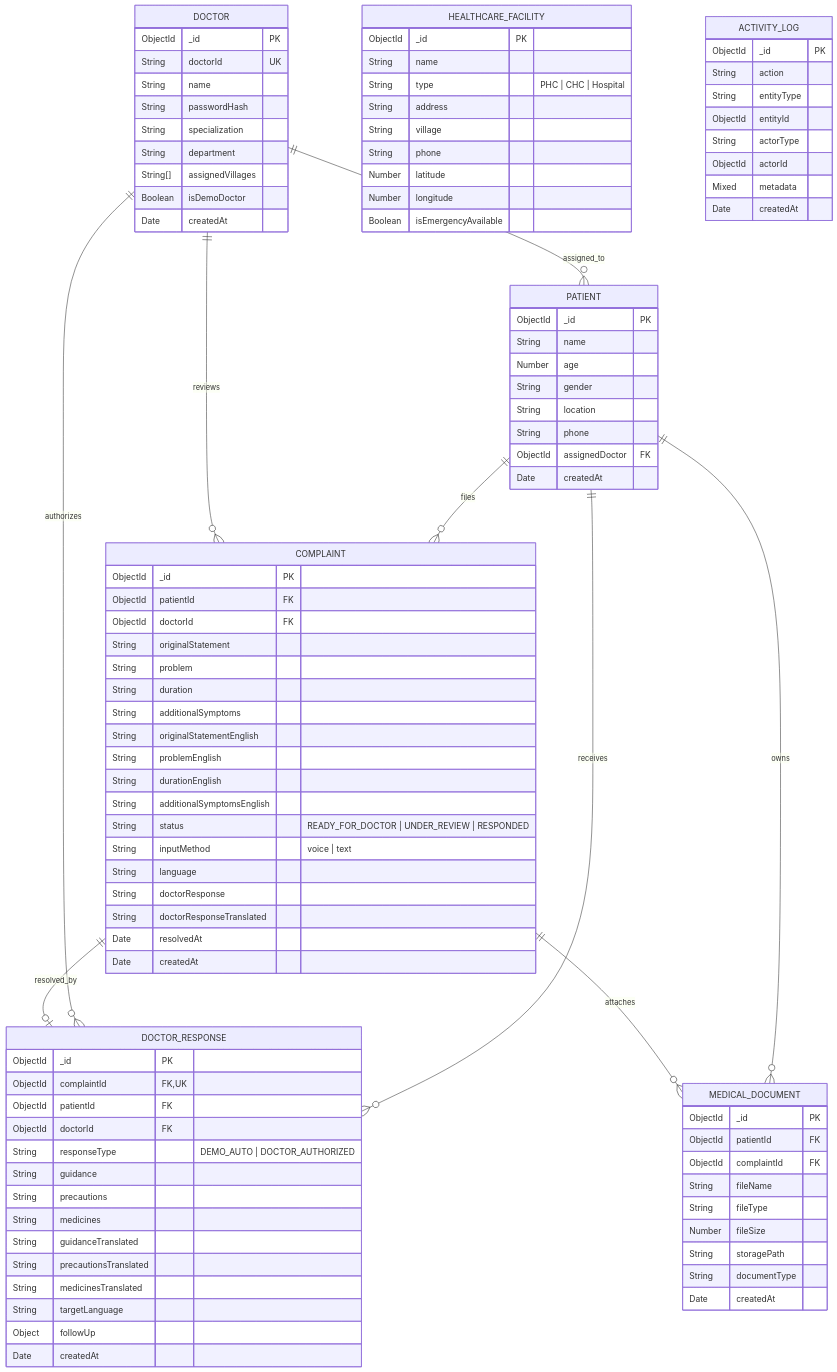
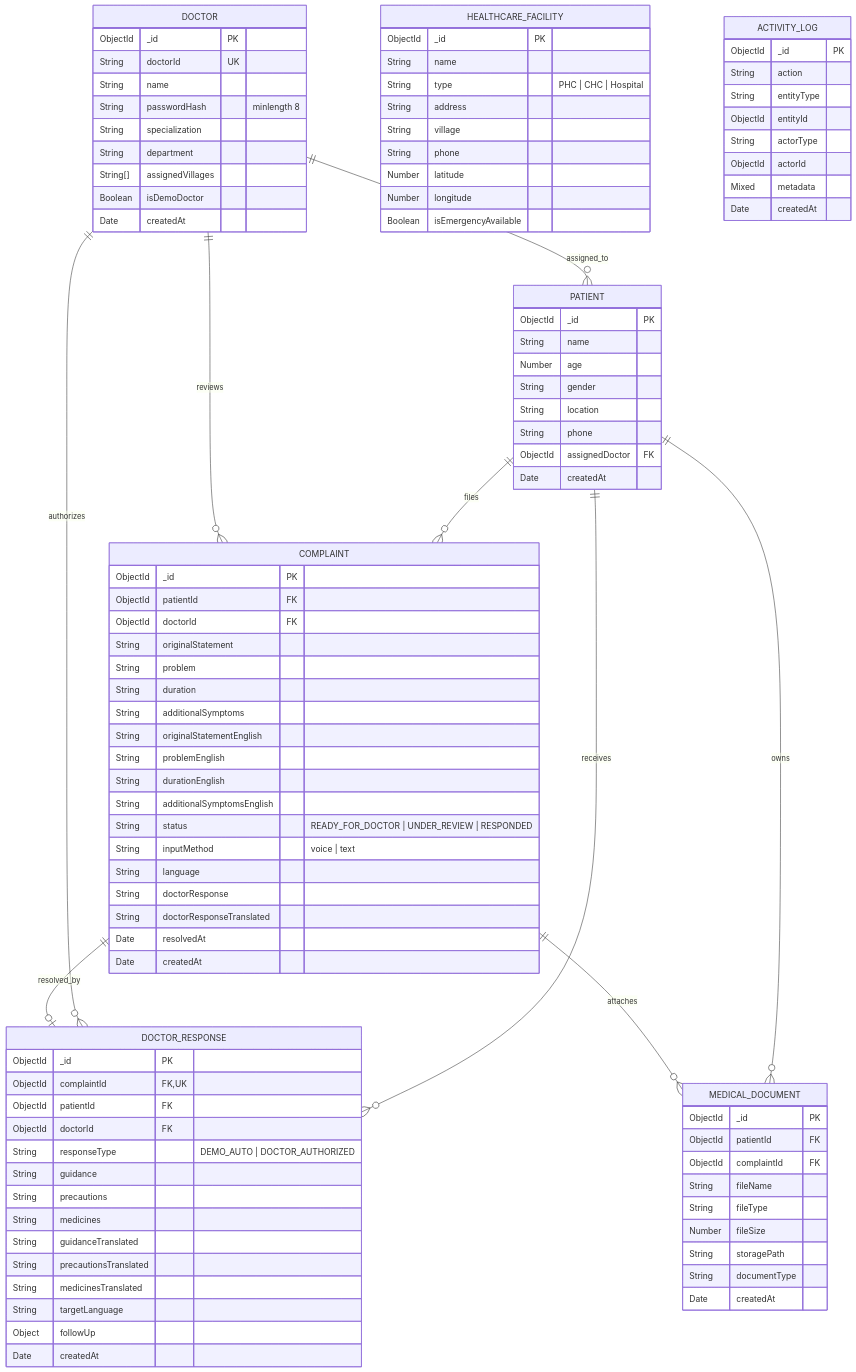
Before and after one commit to lokessharma440-ux/SwasthyaSetu: the third of 4 diagrams in architecture.md, drawn with Mermaid. The commit also changed other lines of this file and 43 other files, not shown here.

```diff
--- a/architecture.md
+++ b/architecture.md
@@ -254,7 +255,7 @@
         ObjectId _id PK
         String doctorId UK
         String name
-        String passwordHash
+        String passwordHash "minlength 8"
         String specialization
         String department
         String[] assignedVillages
```
